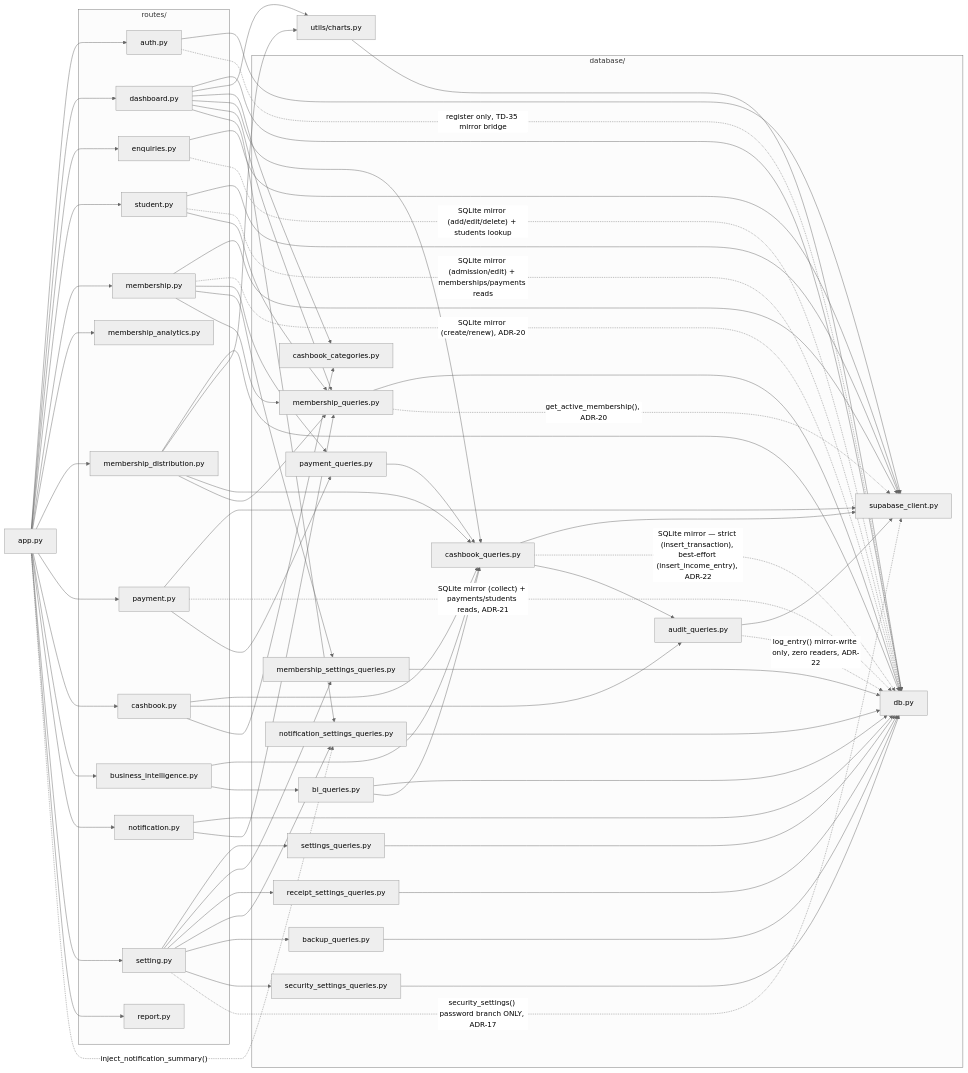
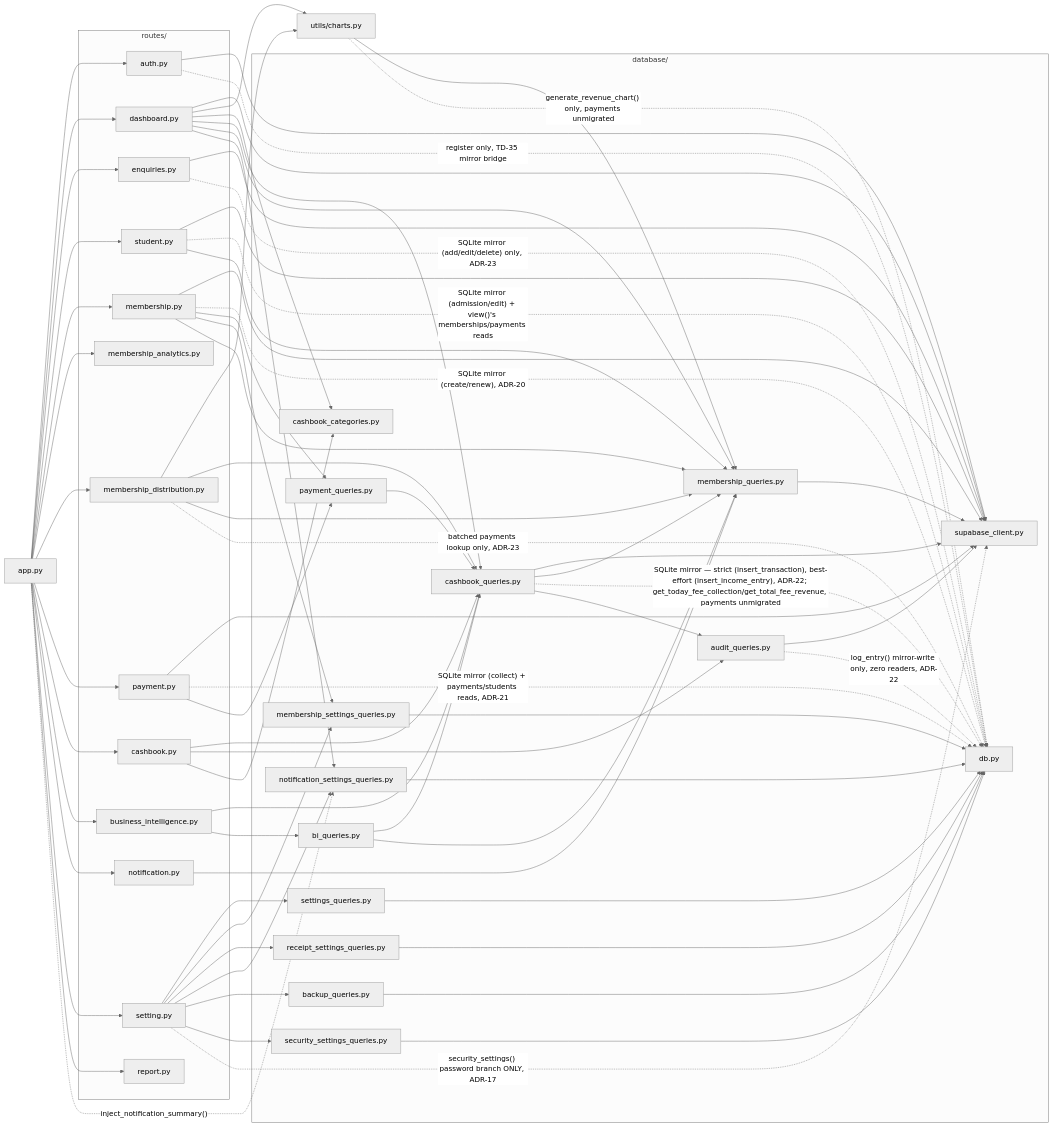
Before and after one commit to saloni-keshore/smart-library-management-system: the fifth of 5 diagrams in docs/DIAGRAMS.md, drawn with Mermaid (neutral theme). The commit also changed other lines of this file and 22 other files, not shown here.

First line of the commit message:
Migrate Analytics (Dashboard/Charts/Membership Distribution/Notifications/BI) to Supabase

````diff
--- a/docs/DIAGRAMS.md
+++ b/docs/DIAGRAMS.md
@@ -335,25 +344,25 @@
 
     auth_py --> supabase_client_py
     auth_py -.->|register only, TD-35 mirror bridge| db_py
-    dashboard_py --> db_py
+    dashboard_py --> supabase_client_py
     dashboard_py --> charts_py
     dashboard_py --> cashbook_categories_py
     dashboard_py --> cashbook_queries_py
     dashboard_py --> membership_queries_py
     enquiries_py --> supabase_client_py
-    enquiries_py -.->|"SQLite mirror (add/edit/delete) + students lookup"| db_py
+    enquiries_py -.->|"SQLite mirror (add/edit/delete) only, ADR-23"| db_py
     student_py --> supabase_client_py
-    student_py -.->|"SQLite mirror (admission/edit) + memberships/payments reads"| db_py
+    student_py -.->|"SQLite mirror (admission/edit) + view()'s memberships/payments reads"| db_py
     student_py --> membership_queries_py
     membership_py --> supabase_client_py
     membership_py -.->|"SQLite mirror (create/renew), ADR-20"| db_py
     membership_py --> payment_queries_py
     membership_py --> membership_settings_queries_py
     membership_py --> membership_queries_py
-    membership_distribution_py --> db_py
     membership_distribution_py --> charts_py
     membership_distribution_py --> cashbook_queries_py
     membership_distribution_py --> membership_queries_py
+    membership_distribution_py -.->|"batched payments lookup only, ADR-23"| db_py
     payment_py --> supabase_client_py
     payment_py -.->|"SQLite mirror (collect) + payments/students reads, ADR-21"| db_py
     payment_py --> payment_queries_py
@@ -363,7 +372,6 @@
     cashbook_py --> cashbook_categories_py
     business_intelligence_py --> cashbook_queries_py
     business_intelligence_py --> bi_queries_py
-    notification_py --> db_py
     notification_py --> membership_queries_py
     setting_py --> settings_queries_py
     setting_py --> membership_settings_queries_py
@@ -376,19 +384,20 @@
     dashboard_py --> notification_settings_queries_py
 
     cashbook_queries_py --> supabase_client_py
-    cashbook_queries_py -.->|"SQLite mirror — strict (insert_transaction), best-effort (insert_income_entry), ADR-22"| db_py
+    cashbook_queries_py --> membership_queries_py
+    cashbook_queries_py -.->|"SQLite mirror — strict (insert_transaction), best-effort (insert_income_entry), ADR-22; get_today_fee_collection/get_total_fee_revenue, payments unmigrated"| db_py
     cashbook_queries_py --> audit_queries_py
-    bi_queries_py --> db_py
     bi_queries_py --> cashbook_queries_py
+    bi_queries_py --> membership_queries_py
     audit_queries_py --> supabase_client_py
     audit_queries_py -.->|"log_entry() mirror-write only, zero readers, ADR-22"| db_py
     membership_settings_queries_py --> db_py
-    membership_queries_py --> db_py
-    membership_queries_py -.->|"get_active_membership(), ADR-20"| supabase_client_py
+    membership_queries_py --> supabase_client_py
     settings_queries_py --> db_py
     receipt_settings_queries_py --> db_py
     notification_settings_queries_py --> db_py
     backup_queries_py --> db_py
     security_settings_queries_py --> db_py
-    charts_py --> db_py
+    charts_py --> membership_queries_py
+    charts_py -.->|"generate_revenue_chart() only, payments unmigrated"| db_py
 ```
````
